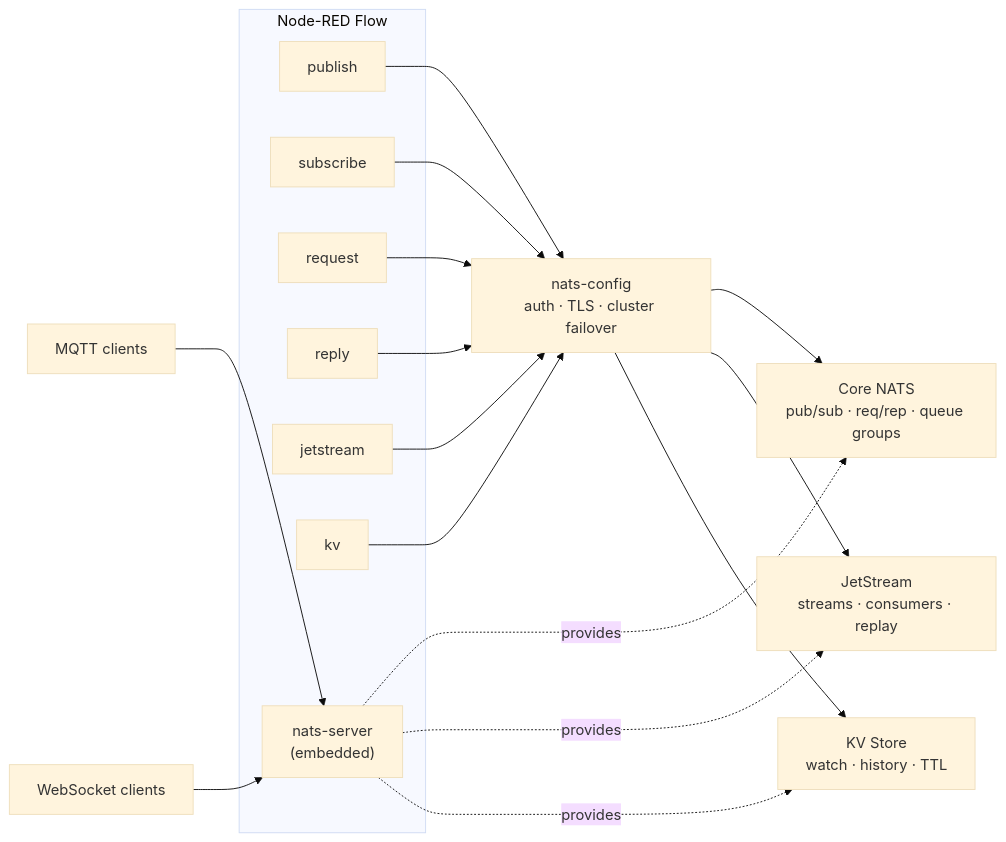
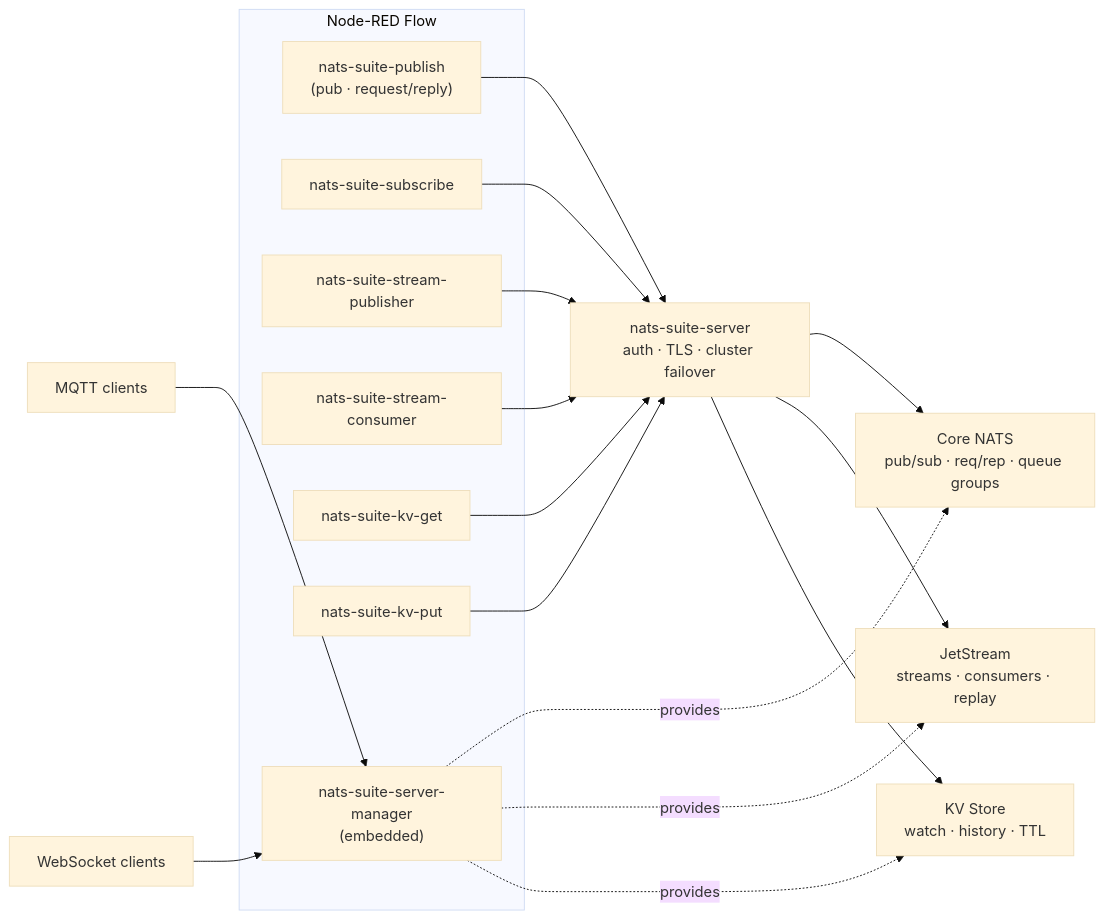
Before and after one commit to blanpa/blanpa.github.io: the diagram in content/projects/nats-suite/index.md, drawn with Mermaid (base theme). The commit also changed other lines of this file and 5 other files, not shown here.

```diff
--- a/content/projects/nats-suite/index.md
+++ b/content/projects/nats-suite/index.md
@@ -23,32 +23,32 @@
 {{< mermaid >}}
 flowchart LR
     subgraph NR["Node-RED Flow"]
-        PUB["publish"]
-        SUB["subscribe"]
-        REQ["request"]
-        REP["reply"]
-        JS["jetstream"]
-        KV["kv"]
-        SRV["nats-server<br/>(embedded)"]
+        PUB["nats-suite-publish<br/>(pub · request/reply)"]
+        SUB["nats-suite-subscribe"]
+        JSP["nats-suite-stream-publisher"]
+        JSC["nats-suite-stream-consumer"]
+        KVG["nats-suite-kv-get"]
+        KVP["nats-suite-kv-put"]
+        SRVM["nats-suite-server-manager<br/>(embedded)"]
     end
-    CFG["nats-config<br/>auth · TLS · cluster failover"]
+    CFG["nats-suite-server<br/>auth · TLS · cluster failover"]
     CORE["Core NATS<br/>pub/sub · req/rep · queue groups"]
     JSE["JetStream<br/>streams · consumers · replay"]
     KVE["KV Store<br/>watch · history · TTL"]
     MQTT["MQTT clients"]
     WS["WebSocket clients"]
     PUB --> CFG
     SUB --> CFG
-    REQ --> CFG
-    REP --> CFG
-    JS --> CFG
-    KV --> CFG
+    JSP --> CFG
+    JSC --> CFG
+    KVG --> CFG
+    KVP --> CFG
     CFG --> CORE
     CFG --> JSE
     CFG --> KVE
-    SRV -. provides .-> CORE
-    SRV -. provides .-> JSE
-    SRV -. provides .-> KVE
-    MQTT --> SRV
-    WS --> SRV
+    SRVM -. provides .-> CORE
+    SRVM -. provides .-> JSE
+    SRVM -. provides .-> KVE
+    MQTT --> SRVM
+    WS --> SRVM
 {{< /mermaid >}}
```
